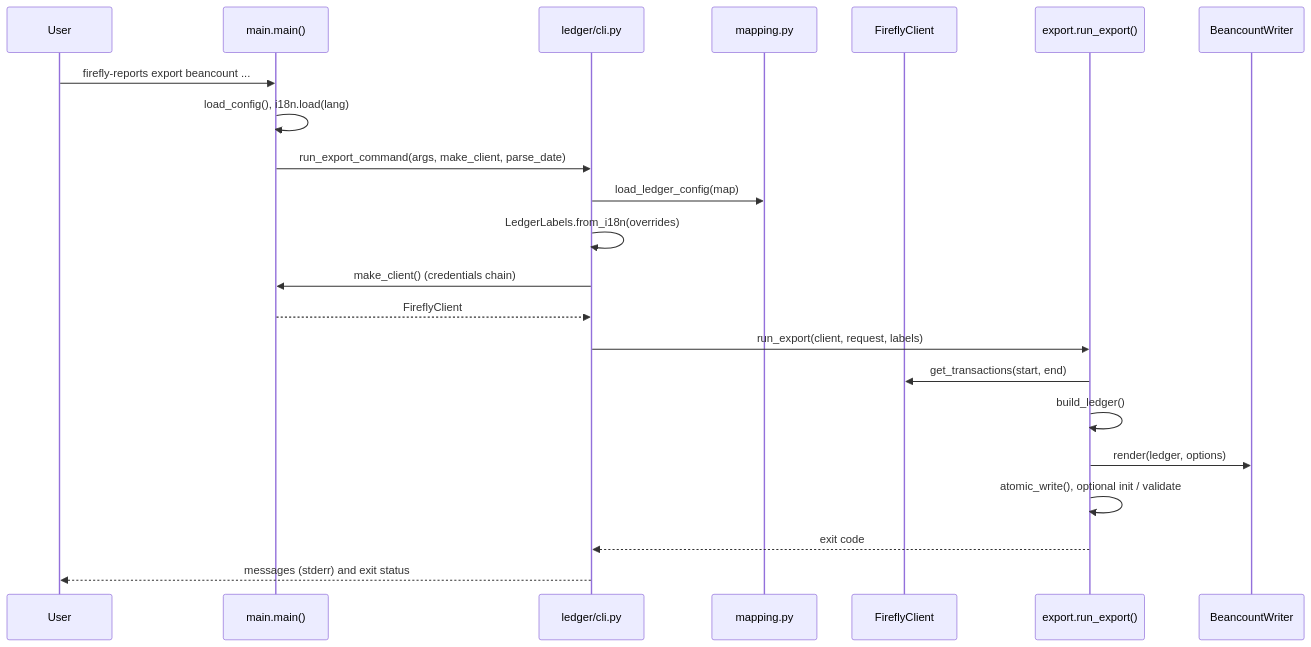
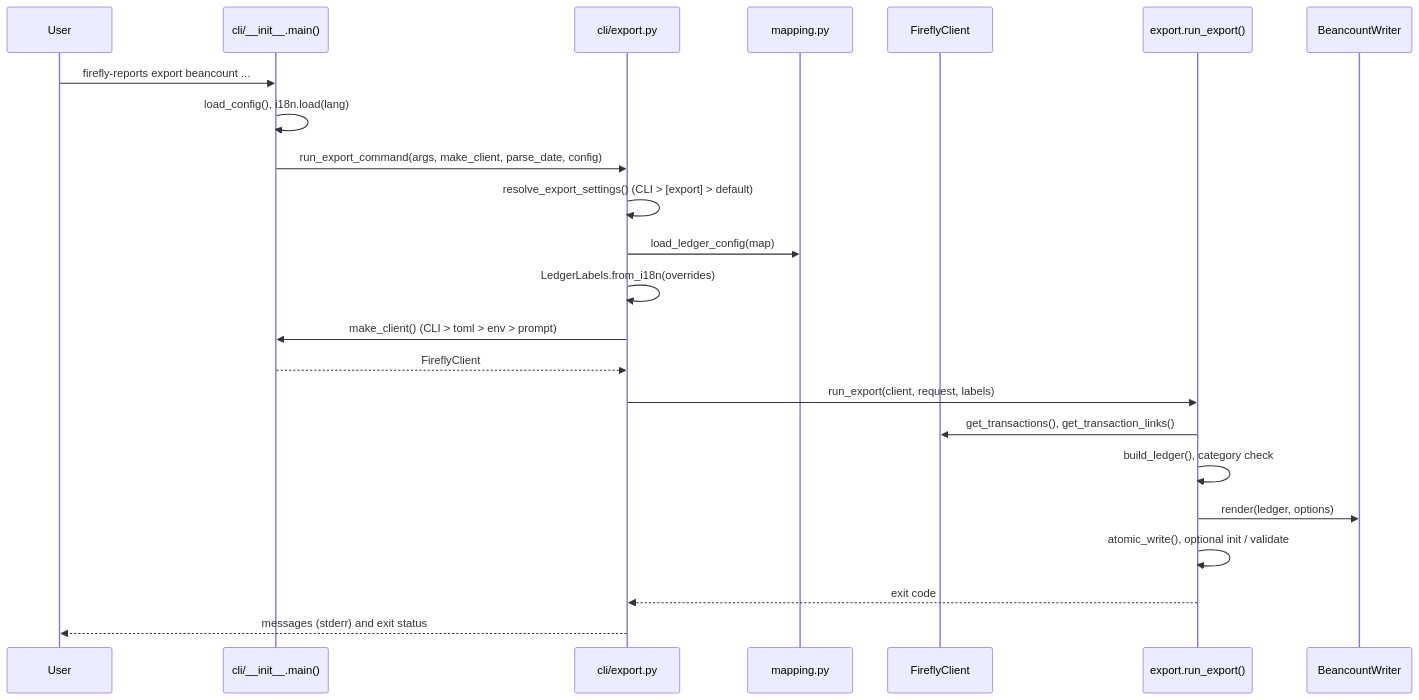
The fifth of 6 diagrams in docs/wiki/Ledger-Architecture.md (fran33git/firefly-reports), drawn with Mermaid before and after one commit. The commit also changed other lines of this file and 13 other files, not shown here.

````diff
--- a/docs/wiki/Ledger-Architecture.md
+++ b/docs/wiki/Ledger-Architecture.md
@@ -230,24 +344,25 @@
 ```mermaid
 sequenceDiagram
     participant U as User
-    participant M as main.main()
-    participant C as ledger/cli.py
+    participant M as cli/__init__.main()
+    participant C as cli/export.py
     participant Y as mapping.py
     participant FC as FireflyClient
     participant X as export.run_export()
     participant W as BeancountWriter
     U->>M: firefly-reports export beancount ...
     M->>M: load_config(), i18n.load(lang)
-    M->>C: run_export_command(args, make_client, parse_date)
+    M->>C: run_export_command(args, make_client, parse_date, config)
+    C->>C: resolve_export_settings() (CLI > [export] > default)
     C->>Y: load_ledger_config(map)
     C->>C: LedgerLabels.from_i18n(overrides)
-    C->>M: make_client() (credentials chain)
+    C->>M: make_client() (CLI > toml > env > prompt)
     M-->>C: FireflyClient
     C->>X: run_export(client, request, labels)
-    X->>FC: get_transactions(start, end)
-    X->>X: build_ledger()
+    X->>FC: get_transactions(), get_transaction_links()
+    X->>X: build_ledger(), category check
     X->>W: render(ledger, options)
     X->>X: atomic_write(), optional init / validate
     X-->>C: exit code
     C-->>U: messages (stderr) and exit status
 ```
````
